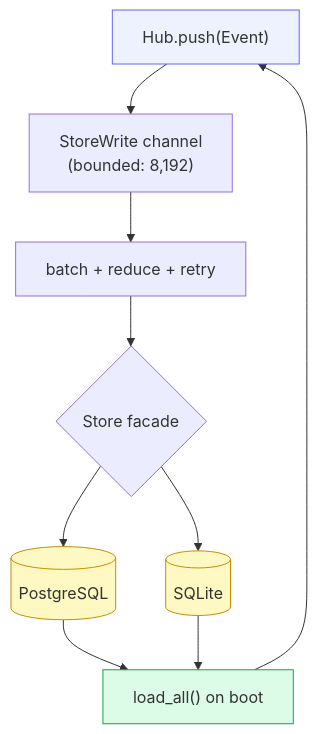
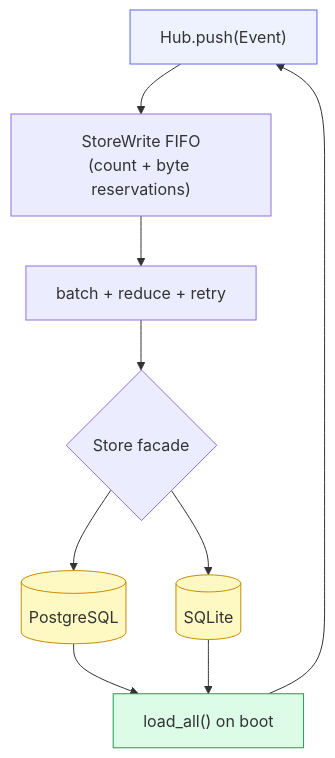
Before and after one commit to dravengarden/cowboy: the diagram in docs/architecture/05-storage.md, drawn with Mermaid. The commit also changed other lines of this file and 9 other files, not shown here.

Commit message:
fix(core): bound FIFO persistence admission without large-event starvation

````diff
--- a/docs/architecture/05-storage.md
+++ b/docs/architecture/05-storage.md
@@ -25,16 +49,16 @@
 ```mermaid
 flowchart TB
-    HUB["Hub.push(Event)"] --> CH["StoreWrite channel<br/>(bounded: 8,192)"]
+    HUB["Hub.push(Event)"] --> CH["StoreWrite FIFO<br/>(count + byte reservations)"]
     CH --> WR["batch + reduce + retry"]
     WR --> STORE{"Store facade"}
     STORE --> PG[("PostgreSQL")]
     STORE --> SQ[("SQLite")]
     PG --> RST["load_all() on boot"]
     SQ --> RST
     RST --> HUB
 
     style HUB fill:#eef2ff,stroke:#6366f1
     style PG fill:#fef9c3,stroke:#ca8a04
     style SQ fill:#fef9c3,stroke:#ca8a04
     style RST fill:#dcfce7,stroke:#16a34a
 ```
````
